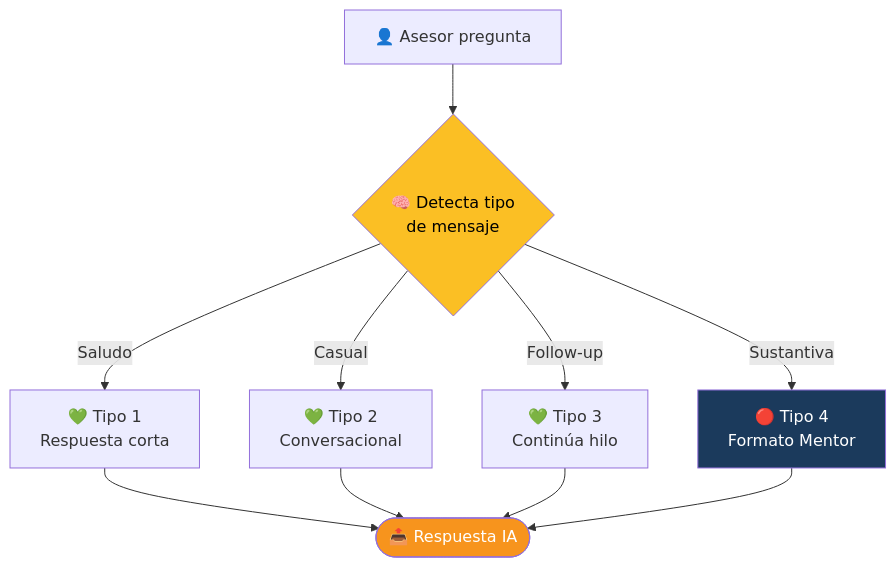
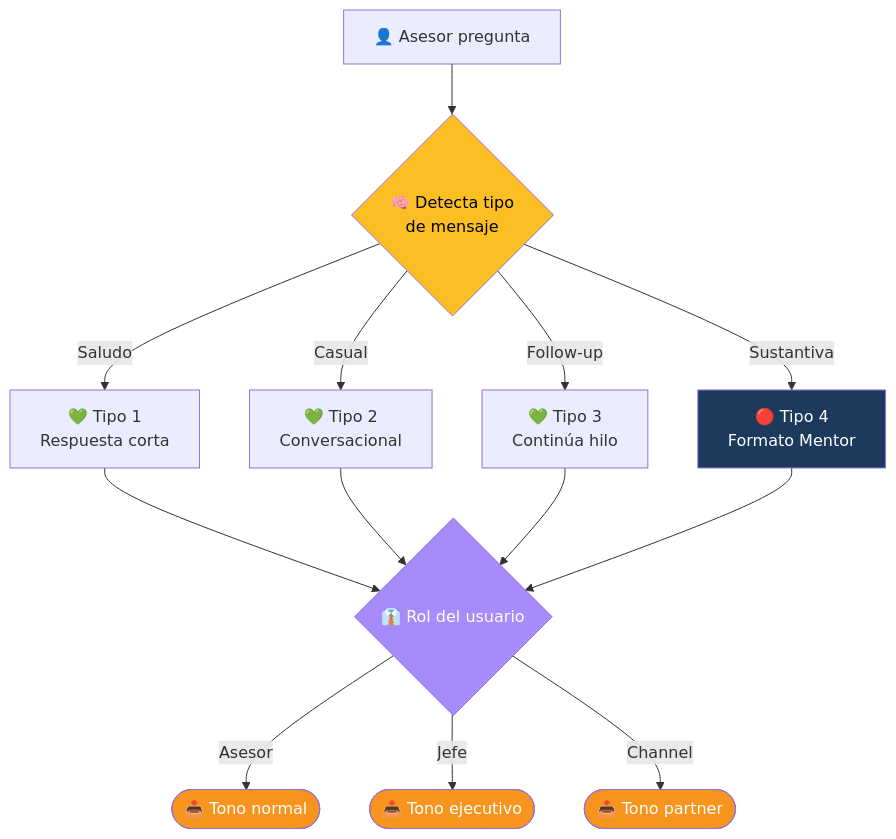
The fifth of 13 diagrams in ROADMAP.md (JnSbstnRivera/WINDMAR-AI-AGENT), drawn with Mermaid before and after one commit. The commit also changed other lines of this file, not shown here.

Commit message:
docs: update roadmap — add Bloque H (Auth+Perfil), bump to 82%

````diff
--- a/ROADMAP.md
+++ b/ROADMAP.md
@@ -117,17 +132,23 @@
 ```mermaid
 flowchart TD
     User[👤 Asesor pregunta]
     User --> Detect{🧠 Detecta tipo<br/>de mensaje}
     Detect -->|Saludo| T1[💚 Tipo 1<br/>Respuesta corta]
     Detect -->|Casual| T2[💚 Tipo 2<br/>Conversacional]
     Detect -->|Follow-up| T3[💚 Tipo 3<br/>Continúa hilo]
     Detect -->|Sustantiva| T4[🔴 Tipo 4<br/>Formato Mentor]
-    T1 --> Out([📤 Respuesta IA])
-    T2 --> Out
-    T3 --> Out
-    T4 --> Out
+    T1 --> Role{👔 Rol del usuario}
+    T2 --> Role
+    T3 --> Role
+    T4 --> Role
+    Role -->|Asesor| Out([📤 Tono normal])
+    Role -->|Jefe| OutJ([📤 Tono ejecutivo])
+    Role -->|Channel| OutC([📤 Tono partner])
 
     style Detect fill:#fbbf24,color:#000
     style T4 fill:#1B3A5C,color:#fff
+    style Role fill:#a78bfa,color:#fff
     style Out fill:#F7941D,color:#fff
+    style OutJ fill:#F7941D,color:#fff
+    style OutC fill:#F7941D,color:#fff
 ```
````
